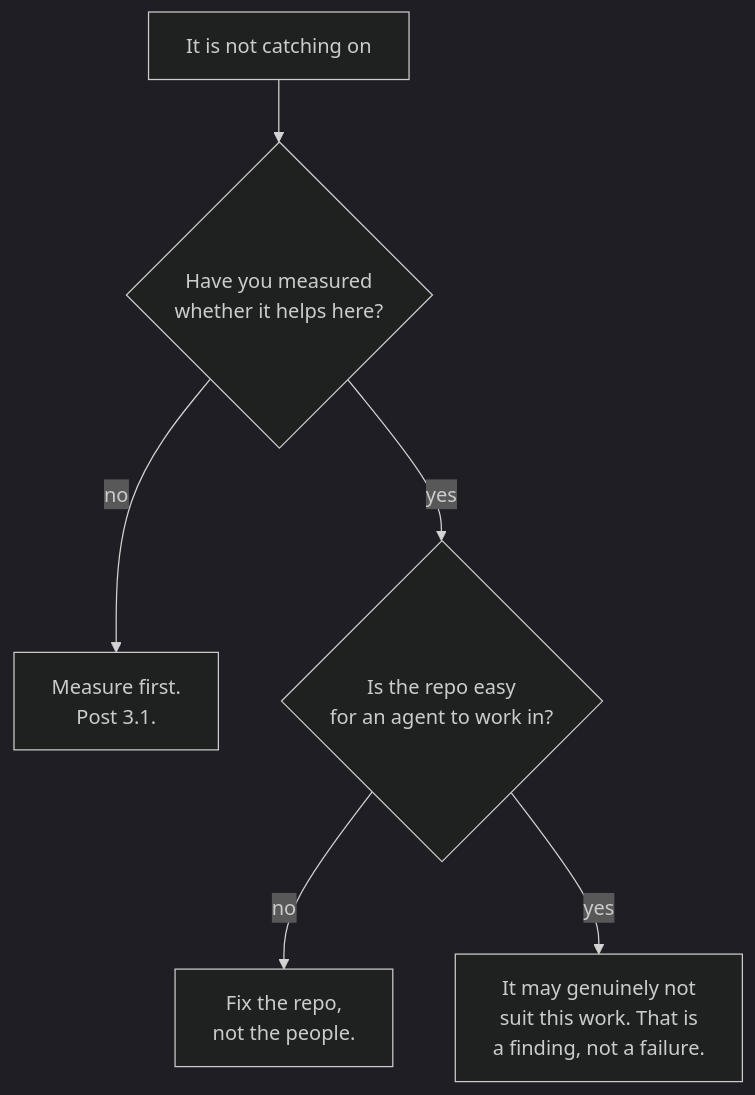
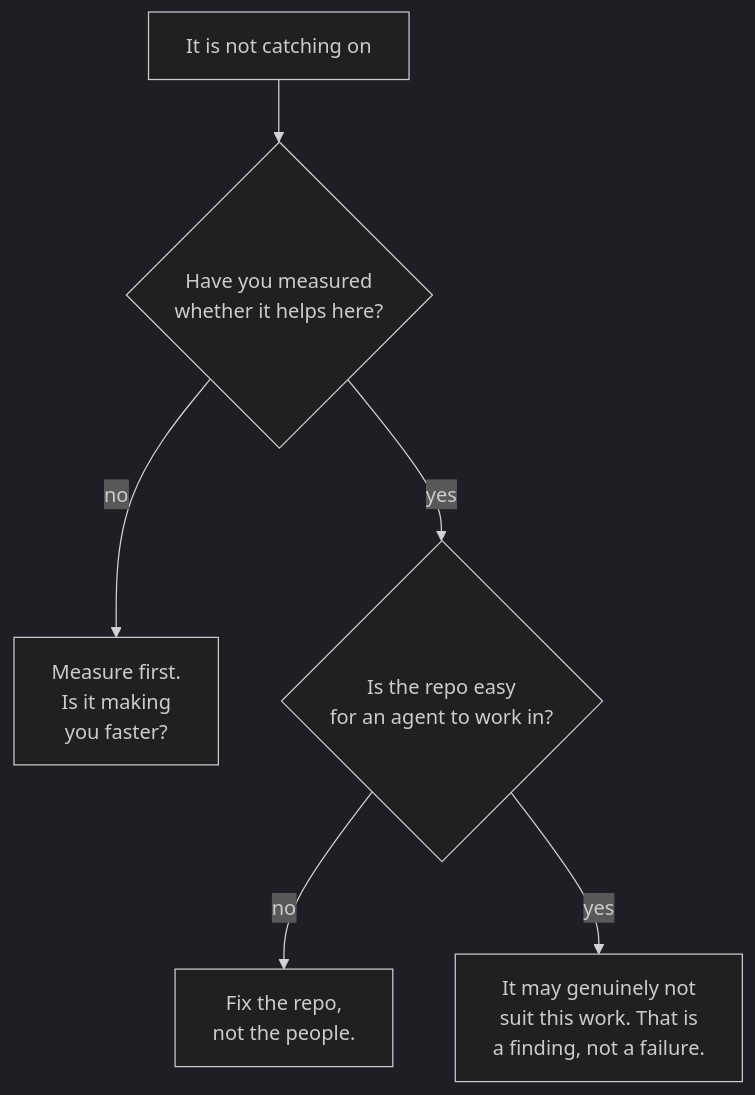
One commit to riddam/riddam.github.io changed the second of 2 diagrams in src/content/engineering/rolling-it-out-to-a-team.md. Above: the diagram before and after it, drawn with Mermaid (dark theme). The commit also changed other lines of this file and 5 other files, not shown here.

````diff
--- a/src/content/engineering/rolling-it-out-to-a-team.md
+++ b/src/content/engineering/rolling-it-out-to-a-team.md
@@ -216,8 +252,8 @@
 ```mermaid
 flowchart TD
   A["It is not catching on"] --> B{"Have you measured<br/>whether it helps here?"}
-  B -- "no" --> M["Measure first.<br/>Post 3.1."]
+  B -- "no" --> M["Measure first.<br/>Is it making<br/>you faster?"]
   B -- "yes" --> C{"Is the repo easy<br/>for an agent to work in?"}
   C -- "no" --> F["Fix the repo,<br/>not the people."]
   C -- "yes" --> D["It may genuinely not<br/>suit this work. That is<br/>a finding, not a failure."]
 ```
````
